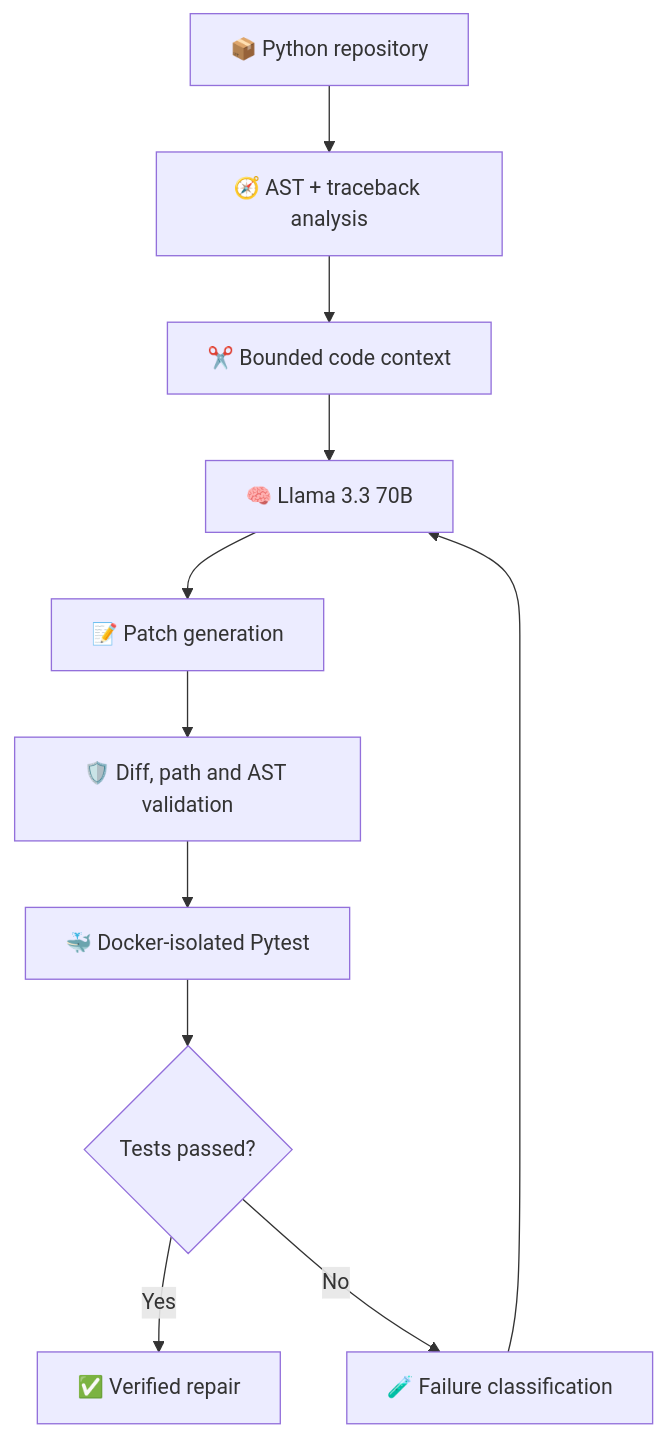
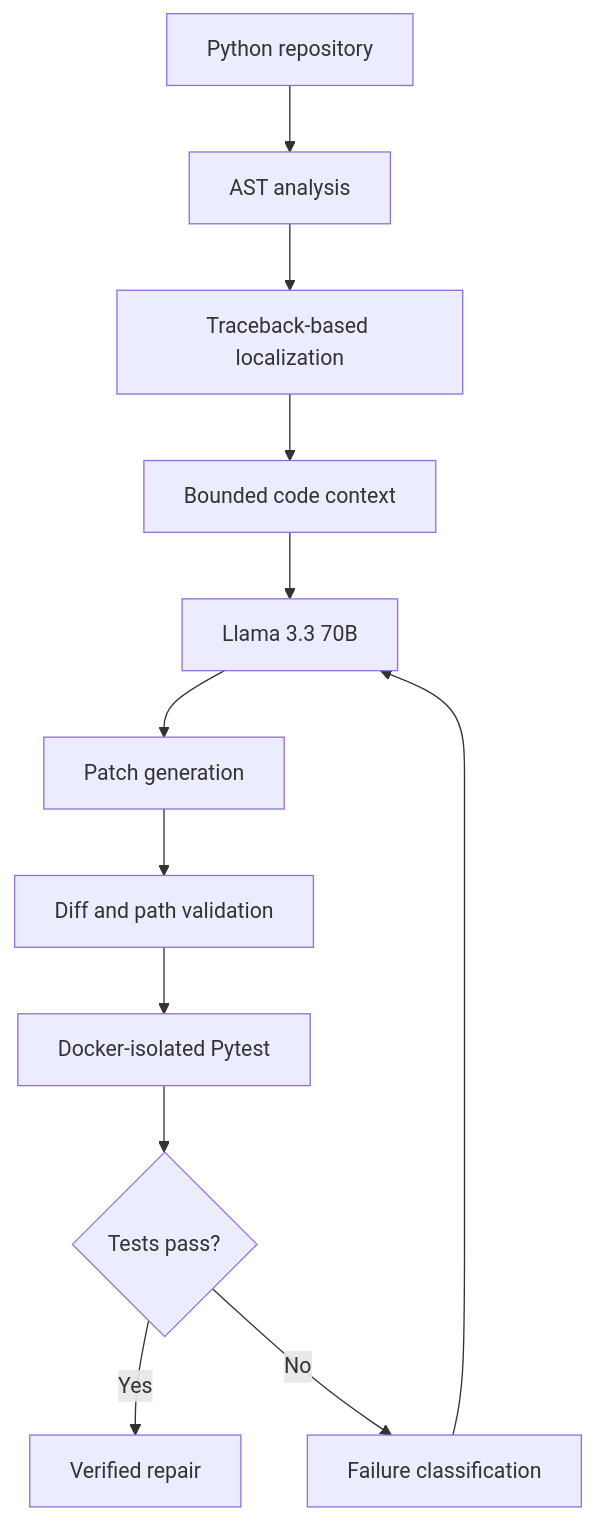
The second of 3 diagrams in README.md (Durgam-vamshi/Durgam-vamshi), drawn with Mermaid before and after one commit. The commit also changed other lines of this file, not shown here.

````diff
--- a/README.md
+++ b/README.md
@@ -46,13 +65,14 @@
 ```mermaid
 flowchart TD
-    REPO["📦 Python repository"] --> AST["🧭 AST + traceback analysis"]
-    AST --> CTX["✂️ Bounded code context"]
-    CTX --> LLM["🧠 Llama 3.3 70B"]
-    LLM --> PATCH["📝 Patch generation"]
-    PATCH --> GUARD["🛡️ Diff, path and AST validation"]
-    GUARD --> TEST["🐳 Docker-isolated Pytest"]
-    TEST --> PASS{"Tests passed?"}
-    PASS -->|Yes| DONE["✅ Verified repair"]
-    PASS -->|No| FAIL["🧪 Failure classification"]
-    FAIL --> LLM
+    A[Python repository] --> B[AST analysis]
+    B --> C[Traceback-based localization]
+    C --> D[Bounded code context]
+    D --> E[Llama 3.3 70B]
+    E --> F[Patch generation]
+    F --> G[Diff and path validation]
+    G --> H[Docker-isolated Pytest]
+    H --> I{Tests pass?}
+    I -->|Yes| J[Verified repair]
+    I -->|No| K[Failure classification]
+    K --> E
 ```
````
